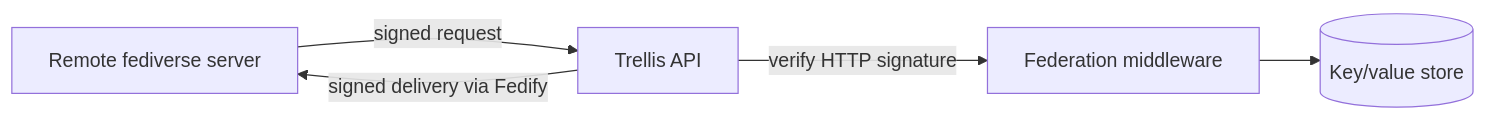
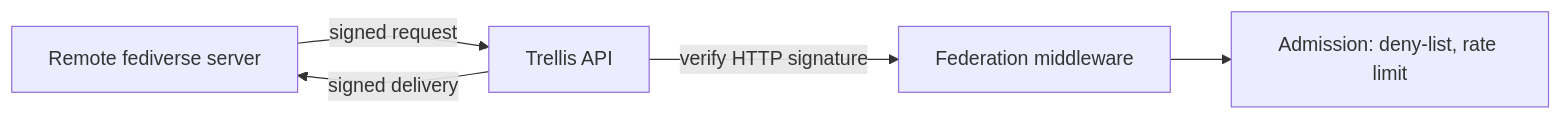
Before and after one commit to de-otio/trellis: the diagram in docs/concepts/activitypub.md, drawn with Mermaid. The commit also changed other lines of this file and 6 other files, not shown here.

````diff
--- a/docs/concepts/activitypub.md
+++ b/docs/concepts/activitypub.md
@@ -76,7 +111,7 @@
 ```mermaid
 flowchart LR
     Remote[Remote fediverse server] -->|signed request| API[Trellis API]
     API -->|verify HTTP signature| MW[Federation middleware]
-    MW --> KV[(Key/value store)]
-    API -->|signed delivery via Fedify| Remote
+    MW --> Admit[Admission: deny-list, rate limit]
+    API -->|signed delivery| Remote
 ```
````
